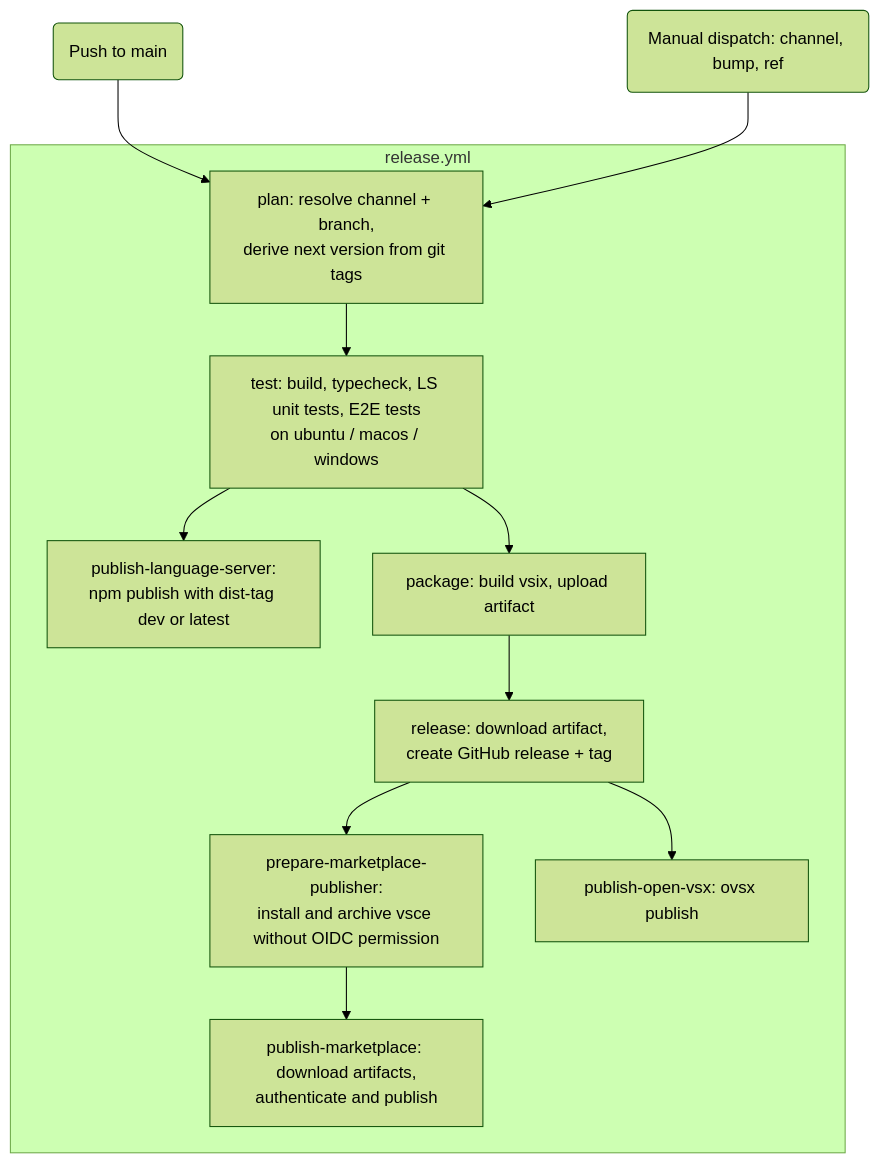
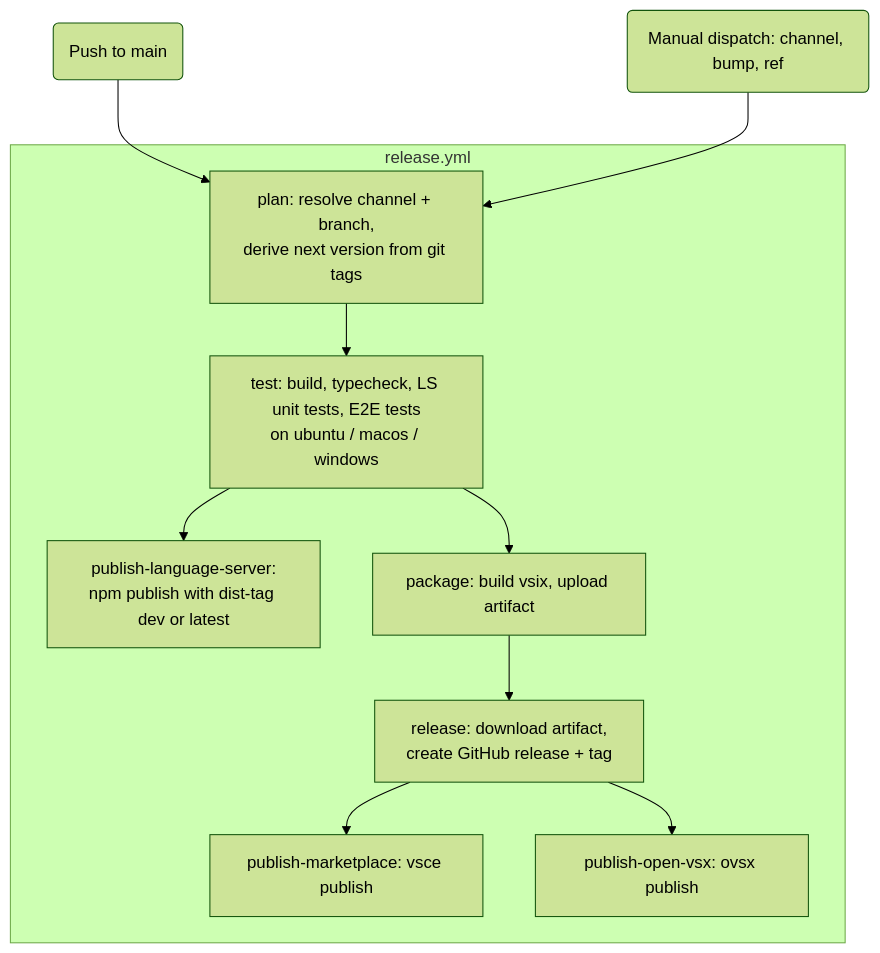
One commit to prisma/language-tools changed the diagram in docs/ci-cd.md. Above: the diagram before and after it, drawn with Mermaid (forest theme). The commit also changed other lines of this file and 1 other file, not shown here.

Commit message:
refactor: keep Marketplace publishing workflow direct

````diff
--- a/docs/ci-cd.md
+++ b/docs/ci-cd.md
@@ -27,16 +27,15 @@
 ```mermaid
 graph TD
     PUSH(Push to main) --> PLAN
     MANUAL(Manual dispatch: channel, bump, ref) --> PLAN
 
     subgraph release.yml
       PLAN[plan: resolve channel + branch,<br>derive next version from git tags]
       PLAN --> TEST[test: build, typecheck, LS unit tests, E2E tests<br>on ubuntu / macos / windows]
       TEST --> LS[publish-language-server:<br>npm publish with dist-tag dev or latest]
       TEST --> PKG[package: build vsix, upload artifact]
       PKG --> REL[release: download artifact,<br>create GitHub release + tag]
-      REL --> PREP[prepare-marketplace-publisher:<br>install and archive vsce without OIDC permission]
-      PREP --> MKT[publish-marketplace: download artifacts,<br>authenticate and publish]
+      REL --> MKT[publish-marketplace: vsce publish]
       REL --> OVSX[publish-open-vsx: ovsx publish]
     end
 ```
````
